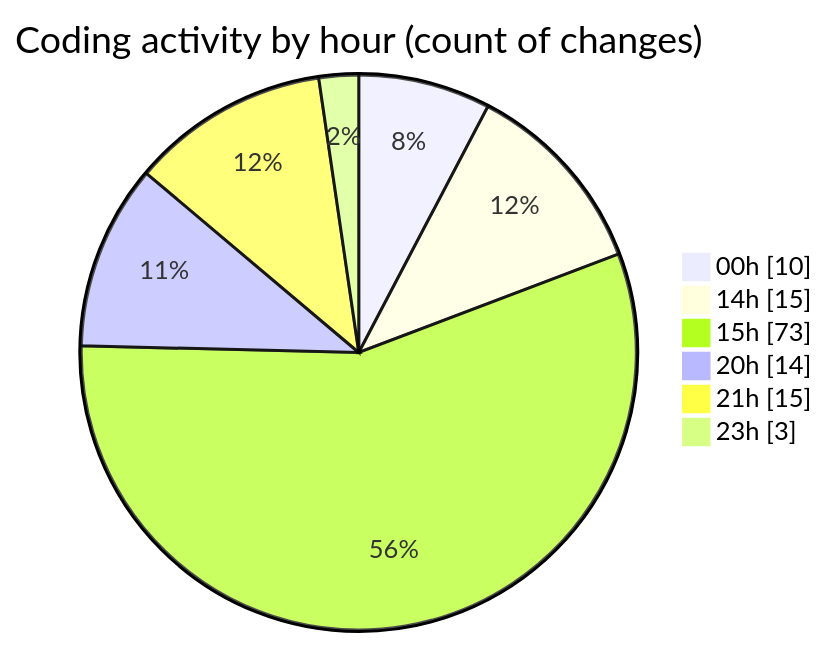
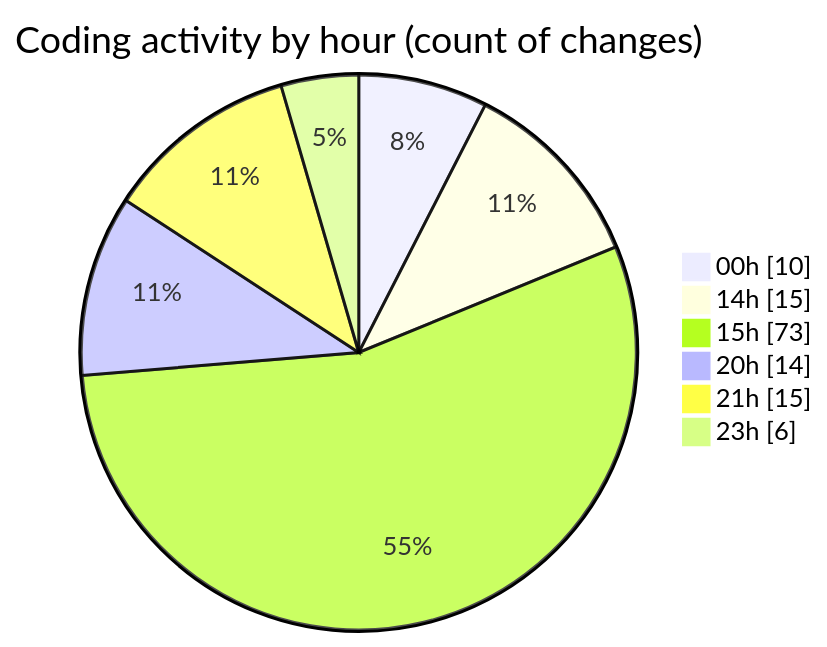
One commit to Netris89/code-tracking changed the second of 2 diagrams in 2025-04-07/echo/README.md. Above: the diagram before and after it, drawn with Mermaid. The commit also changed other lines of this file and 1 other file, not shown here.

````diff
--- a/2025-04-07/echo/README.md
+++ b/2025-04-07/echo/README.md
@@ -41,10 +41,10 @@
 ```mermaid
 pie showData
 title Coding activity by hour (count of changes)
 "00h" : 10
 "14h" : 15
 "15h" : 73
 "20h" : 14
 "21h" : 15
-"23h" : 3
+"23h" : 6
 ```
````
